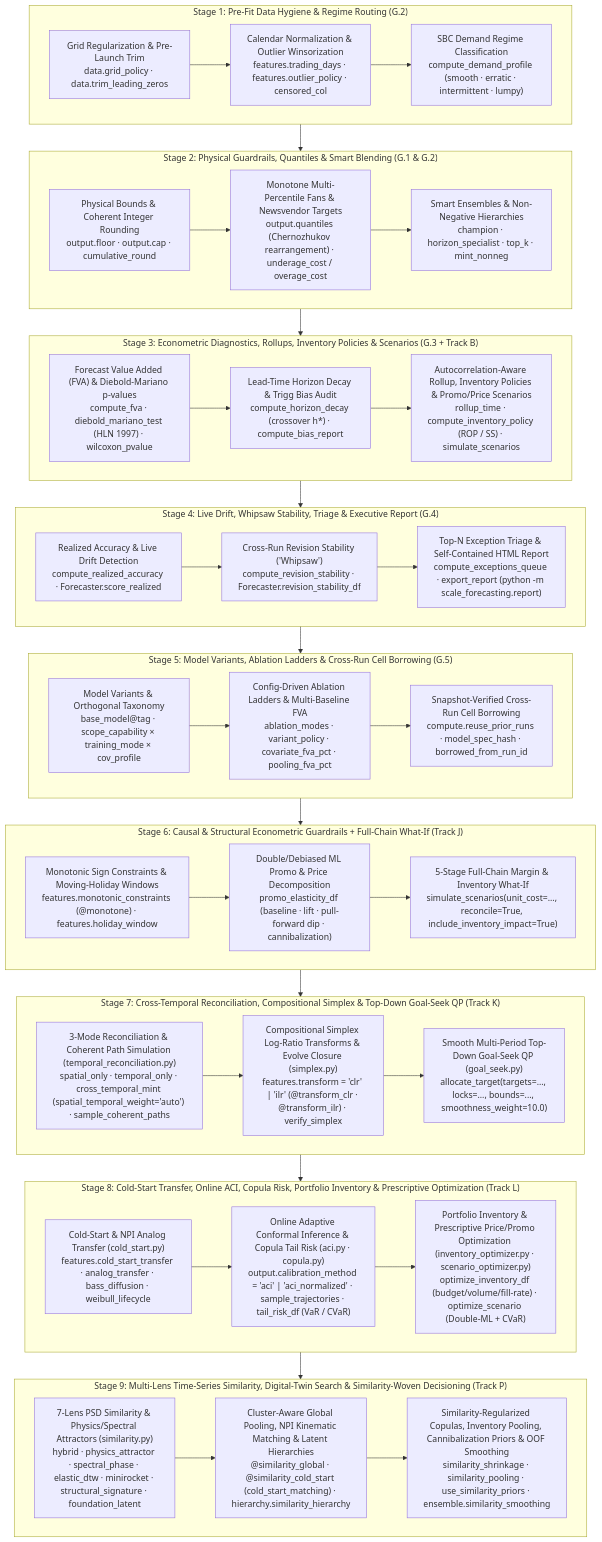
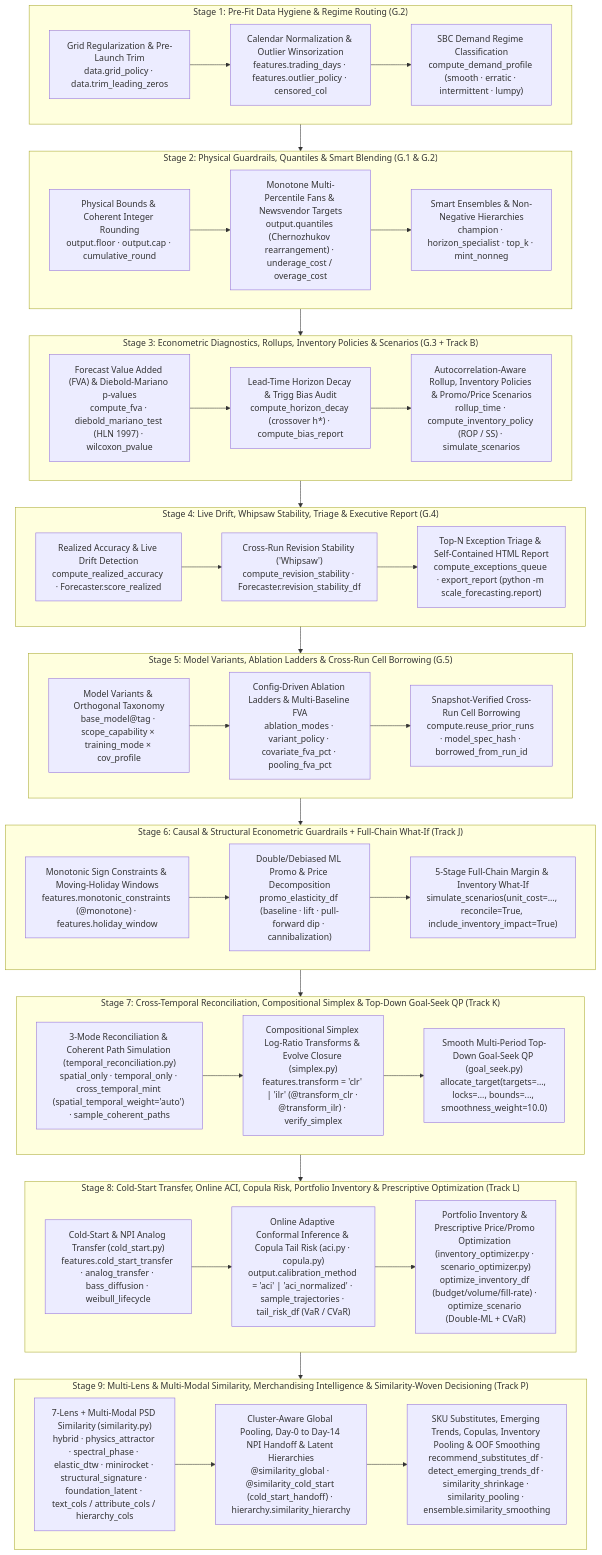
The first of 5 diagrams in docs/forecaster_workbench.md (statmike/scale-forecasting), drawn with Mermaid before and after one commit. The commit also changed other lines of this file and 21 other files, not shown here.

Commit message:
feat(sdk,mcp,docs,notebooks): expose multi-modal similarity, substitutes, and emerging trends across workbench, MCP, live cloud validation, and persisted notebooks

````diff
--- a/docs/forecaster_workbench.md
+++ b/docs/forecaster_workbench.md
@@ -5,67 +5,67 @@
 ```mermaid
 flowchart TD
     subgraph S1["Stage 1: Pre-Fit Data Hygiene & Regime Routing (G.2)"]
         H1["Grid Regularization & Pre-Launch Trim<br/>data.grid_policy · data.trim_leading_zeros"]
         H2["Calendar Normalization & Outlier Winsorization<br/>features.trading_days · features.outlier_policy · censored_col"]
         H3["SBC Demand Regime Classification<br/>compute_demand_profile (smooth · erratic · intermittent · lumpy)"]
         H1 --> H2 --> H3
     end
 
     subgraph S2["Stage 2: Physical Guardrails, Quantiles & Smart Blending (G.1 & G.2)"]
         B1["Physical Bounds & Coherent Integer Rounding<br/>output.floor · output.cap · cumulative_round"]
         B2["Monotone Multi-Percentile Fans & Newsvendor Targets<br/>output.quantiles (Chernozhukov rearrangement) · underage_cost / overage_cost"]
         B3["Smart Ensembles & Non-Negative Hierarchies<br/>champion · horizon_specialist · top_k · mint_nonneg"]
         B1 --> B2 --> B3
     end
 
     subgraph S3["Stage 3: Econometric Diagnostics, Rollups, Inventory Policies & Scenarios (G.3 + Track B)"]
         D1["Forecast Value Added (FVA) & Diebold-Mariano p-values<br/>compute_fva · diebold_mariano_test (HLN 1997) · wilcoxon_pvalue"]
         D2["Lead-Time Horizon Decay & Trigg Bias Audit<br/>compute_horizon_decay (crossover h*) · compute_bias_report"]
         D3["Autocorrelation-Aware Rollup, Inventory Policies & Promo/Price Scenarios<br/>rollup_time · compute_inventory_policy (ROP / SS) · simulate_scenarios"]
         D1 --> D2 --> D3
     end
 
     subgraph S4["Stage 4: Live Drift, Whipsaw Stability, Triage & Executive Report (G.4)"]
         L1["Realized Accuracy & Live Drift Detection<br/>compute_realized_accuracy · Forecaster.score_realized"]
         L2["Cross-Run Revision Stability ('Whipsaw')<br/>compute_revision_stability · Forecaster.revision_stability_df"]
         L3["Top-N Exception Triage & Self-Contained HTML Report<br/>compute_exceptions_queue · export_report (python -m scale_forecasting.report)"]
         L1 --> L2 --> L3
     end
 
     subgraph S5["Stage 5: Model Variants, Ablation Ladders & Cross-Run Cell Borrowing (G.5)"]
         V1["Model Variants & Orthogonal Taxonomy<br/>base_model@tag · scope_capability × training_mode × cov_profile"]
         V2["Config-Driven Ablation Ladders & Multi-Baseline FVA<br/>ablation_modes · variant_policy · covariate_fva_pct · pooling_fva_pct"]
         V3["Snapshot-Verified Cross-Run Cell Borrowing<br/>compute.reuse_prior_runs · model_spec_hash · borrowed_from_run_id"]
         V1 --> V2 --> V3
     end
 
     subgraph S6["Stage 6: Causal & Structural Econometric Guardrails + Full-Chain What-If (Track J)"]
         J1["Monotonic Sign Constraints & Moving-Holiday Windows<br/>features.monotonic_constraints (@monotone) · features.holiday_window"]
         J2["Double/Debiased ML Promo & Price Decomposition<br/>promo_elasticity_df (baseline · lift · pull-forward dip · cannibalization)"]
         J3["5-Stage Full-Chain Margin & Inventory What-If<br/>simulate_scenarios(unit_cost=..., reconcile=True, include_inventory_impact=True)"]
         J1 --> J2 --> J3
     end
 
     subgraph S7["Stage 7: Cross-Temporal Reconciliation, Compositional Simplex & Top-Down Goal-Seek QP (Track K)"]
         K1["3-Mode Reconciliation & Coherent Path Simulation (temporal_reconciliation.py)<br/>spatial_only · temporal_only · cross_temporal_mint (spatial_temporal_weight='auto') · sample_coherent_paths"]
         K2["Compositional Simplex Log-Ratio Transforms & Evolve Closure (simplex.py)<br/>features.transform = 'clr' | 'ilr' (@transform_clr · @transform_ilr) · verify_simplex"]
         K3["Smooth Multi-Period Top-Down Goal-Seek QP (goal_seek.py)<br/>allocate_target(targets=..., locks=..., bounds=..., smoothness_weight=10.0)"]
         K1 --> K2 --> K3
     end
 
     subgraph S8["Stage 8: Cold-Start Transfer, Online ACI, Copula Risk, Portfolio Inventory & Prescriptive Optimization (Track L)"]
         M1["Cold-Start & NPI Analog Transfer (cold_start.py)<br/>features.cold_start_transfer · analog_transfer · bass_diffusion · weibull_lifecycle"]
         M2["Online Adaptive Conformal Inference & Copula Tail Risk (aci.py · copula.py)<br/>output.calibration_method = 'aci' | 'aci_normalized' · sample_trajectories · tail_risk_df (VaR / CVaR)"]
         M3["Portfolio Inventory & Prescriptive Price/Promo Optimization (inventory_optimizer.py · scenario_optimizer.py)<br/>optimize_inventory_df (budget/volume/fill-rate) · optimize_scenario (Double-ML + CVaR)"]
         M1 --> M2 --> M3
     end
 
-    subgraph S9["Stage 9: Multi-Lens Time-Series Similarity, Digital-Twin Search & Similarity-Woven Decisioning (Track P)"]
-        P_SIM1["7-Lens PSD Similarity & Physics/Spectral Attractors (similarity.py)<br/>hybrid · physics_attractor · spectral_phase · elastic_dtw · minirocket · structural_signature · foundation_latent"]
-        P_SIM2["Cluster-Aware Global Pooling, NPI Kinematic Matching & Latent Hierarchies<br/>@similarity_global · @similarity_cold_start (cold_start_matching) · hierarchy.similarity_hierarchy"]
-        P_SIM3["Similarity-Regularized Copulas, Inventory Pooling, Cannibalization Priors & OOF Smoothing<br/>similarity_shrinkage · similarity_pooling · use_similarity_priors · ensemble.similarity_smoothing"]
+    subgraph S9["Stage 9: Multi-Lens & Multi-Modal Similarity, Merchandising Intelligence & Similarity-Woven Decisioning (Track P)"]
+        P_SIM1["7-Lens + Multi-Modal PSD Similarity (similarity.py)<br/>hybrid · physics_attractor · spectral_phase · elastic_dtw · minirocket · structural_signature · foundation_latent · text_cols / attribute_cols / hierarchy_cols"]
+        P_SIM2["Cluster-Aware Global Pooling, Day-0 to Day-14 NPI Handoff & Latent Hierarchies<br/>@similarity_global · @similarity_cold_start (cold_start_handoff) · hierarchy.similarity_hierarchy"]
+        P_SIM3["SKU Substitutes, Emerging Trends, Copulas, Inventory Pooling & OOF Smoothing<br/>recommend_substitutes_df · detect_emerging_trends_df · similarity_shrinkage · similarity_pooling · ensemble.similarity_smoothing"]
         P_SIM1 --> P_SIM2 --> P_SIM3
     end
 
     S1 --> S2 --> S3 --> S4 --> S5 --> S6 --> S7 --> S8 --> S9
 ```
````
